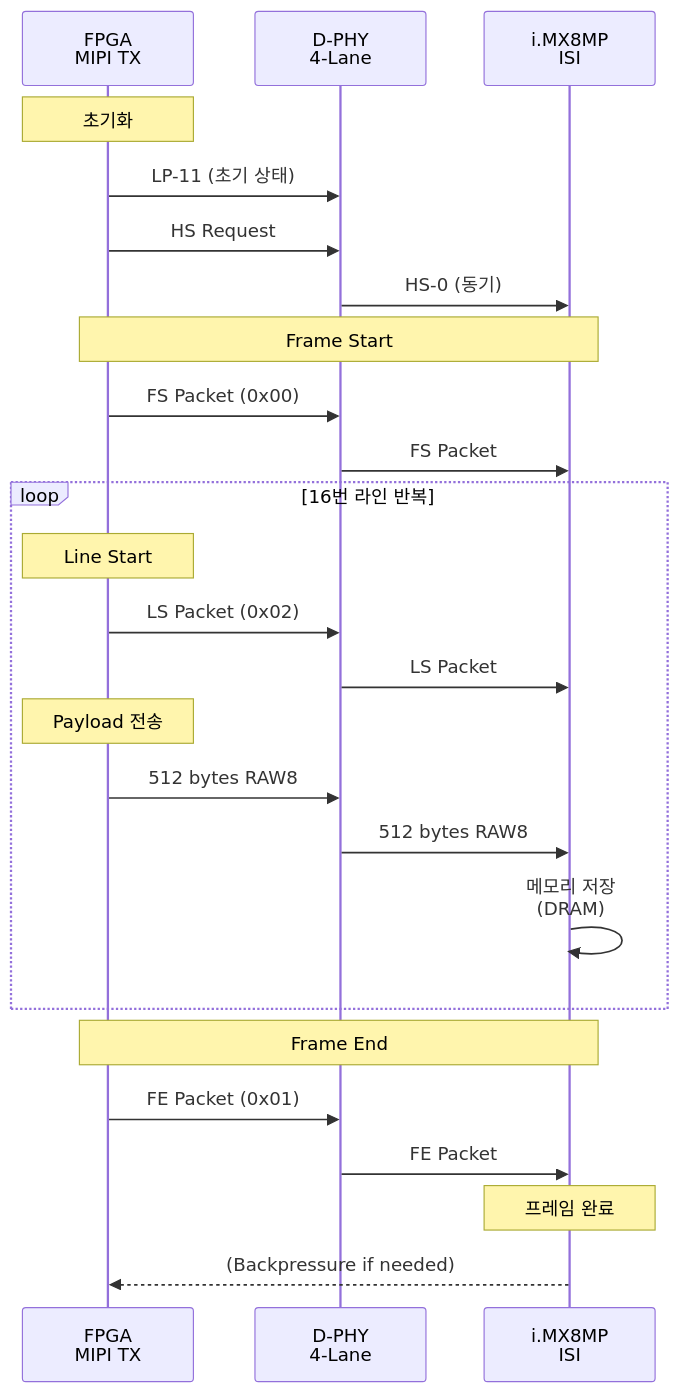
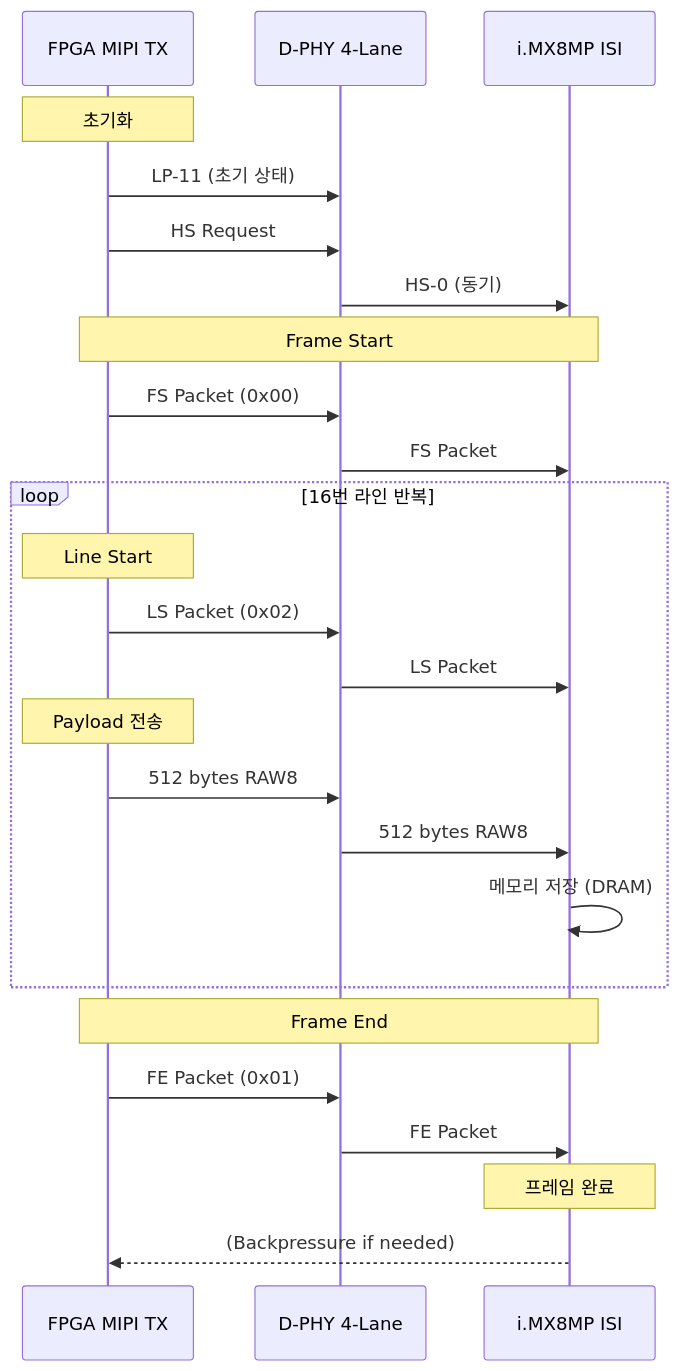
One commit to hnabyz-bot/fpga-imx8mp changed the third of 10 diagrams in agent-guide/system-flow-diagram.md. Above: the diagram before and after it, drawn with Mermaid. The commit also changed other lines of this file, not shown here.

Commit message:
Fix all HTML br tags in system-flow-diagram.md for GitHub Mermaid compatibility

````diff
--- a/agent-guide/system-flow-diagram.md
+++ b/agent-guide/system-flow-diagram.md
@@ -63,33 +63,33 @@
 ```mermaid
 sequenceDiagram
-    participant F as FPGA<br/>MIPI TX
-    participant P as D-PHY<br/>4-Lane
-    participant I as i.MX8MP<br/>ISI
+    participant F as FPGA MIPI TX
+    participant P as D-PHY 4-Lane
+    participant I as i.MX8MP ISI
     
     Note over F: 초기화
     F->>P: LP-11 (초기 상태)
     F->>P: HS Request
     P->>I: HS-0 (동기)
     
     Note over F,I: Frame Start
     F->>P: FS Packet (0x00)
     P->>I: FS Packet
     
     loop 16번 라인 반복
         Note over F: Line Start
         F->>P: LS Packet (0x02)
         P->>I: LS Packet
         
         Note over F: Payload 전송
         F->>P: 512 bytes RAW8
         P->>I: 512 bytes RAW8
-        I->>I: 메모리 저장<br/>(DRAM)
+        I->>I: 메모리 저장 (DRAM)
     end
     
     Note over F,I: Frame End
     F->>P: FE Packet (0x01)
     P->>I: FE Packet
     
     Note over I: 프레임 완료
     I-->>F: (Backpressure if needed)
 ```
````
